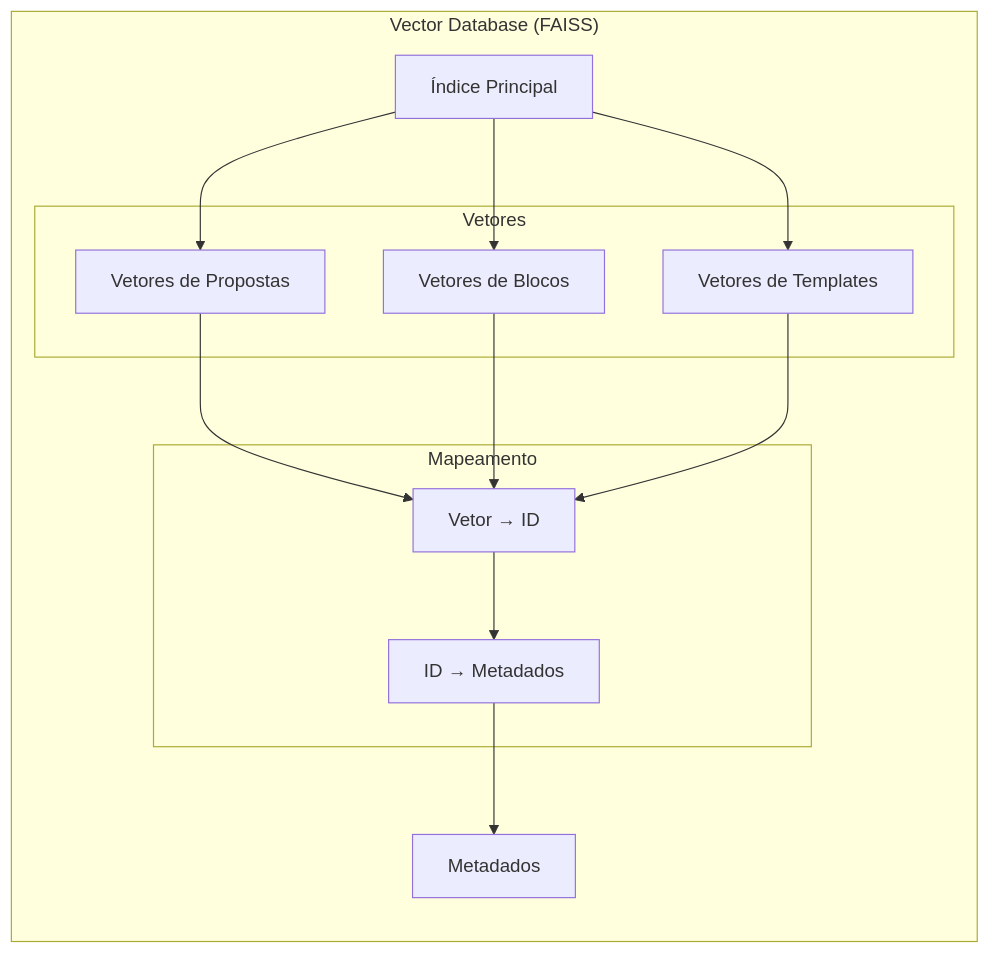
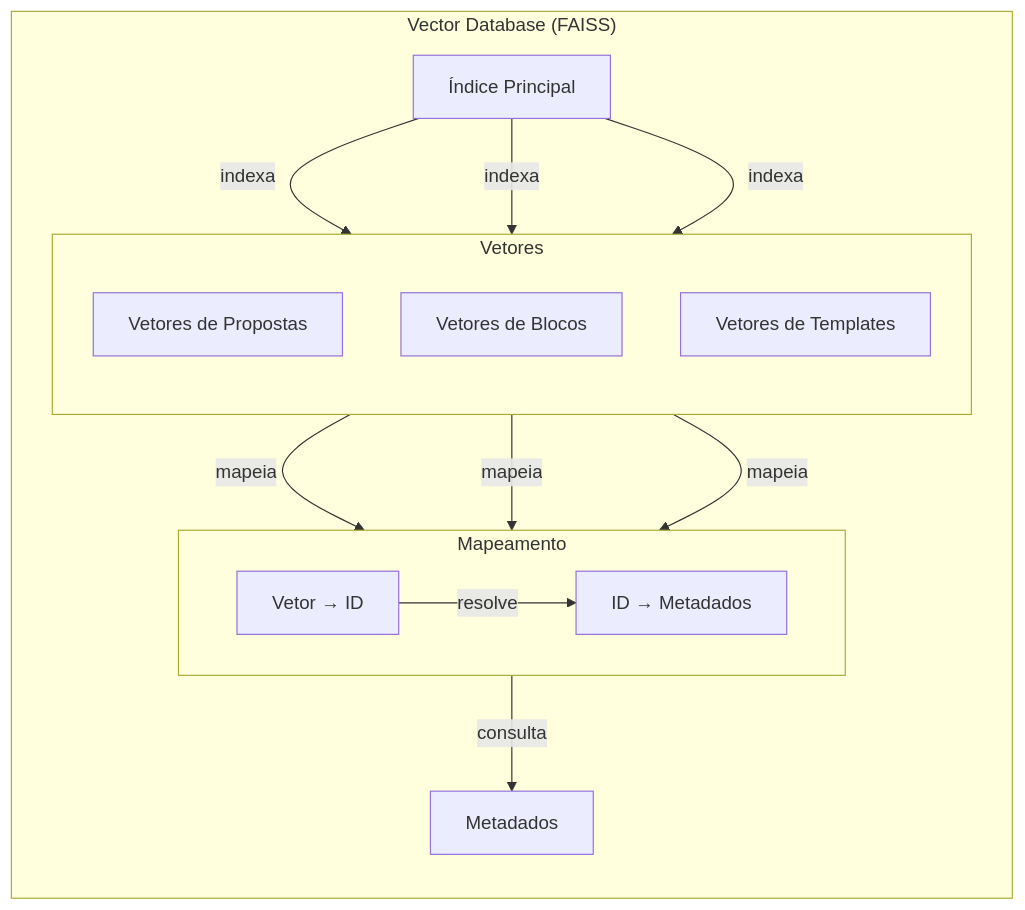
Before and after one commit to thespamer/propos4l: the second of 3 diagrams in doc/database_model.md, drawn with Mermaid. The commit also changed other lines of this file and 37 other files, not shown here.

````diff
--- a/doc/database_model.md
+++ b/doc/database_model.md
@@ -132,28 +132,31 @@
 ```mermaid
-graph TB
+flowchart TB
     subgraph VectorDB["Vector Database (FAISS)"]
         direction TB
         Index["Índice Principal"]
         Metadata["Metadados"]
         
         subgraph Vectors["Vetores"]
+            direction TB
             ProposalVecs["Vetores de Propostas"]
             BlockVecs["Vetores de Blocos"]
             TemplateVecs["Vetores de Templates"]
         end
         
         subgraph Mapping["Mapeamento"]
+            direction LR
             VecToID["Vetor → ID"]
             IDToMetadata["ID → Metadados"]
         end
+        
+        %% Conexões
+        Index -->|"indexa"| ProposalVecs
+        Index -->|"indexa"| BlockVecs
+        Index -->|"indexa"| TemplateVecs
+        ProposalVecs -->|"mapeia"| VecToID
+        BlockVecs -->|"mapeia"| VecToID
+        TemplateVecs -->|"mapeia"| VecToID
+        VecToID -->|"resolve"| IDToMetadata
+        IDToMetadata -->|"consulta"| Metadata
     end
-    
-    Index --> ProposalVecs
-    Index --> BlockVecs
-    Index --> TemplateVecs
-    ProposalVecs --> VecToID
-    BlockVecs --> VecToID
-    TemplateVecs --> VecToID
-    VecToID --> IDToMetadata
-    IDToMetadata --> Metadata
 ```
````
